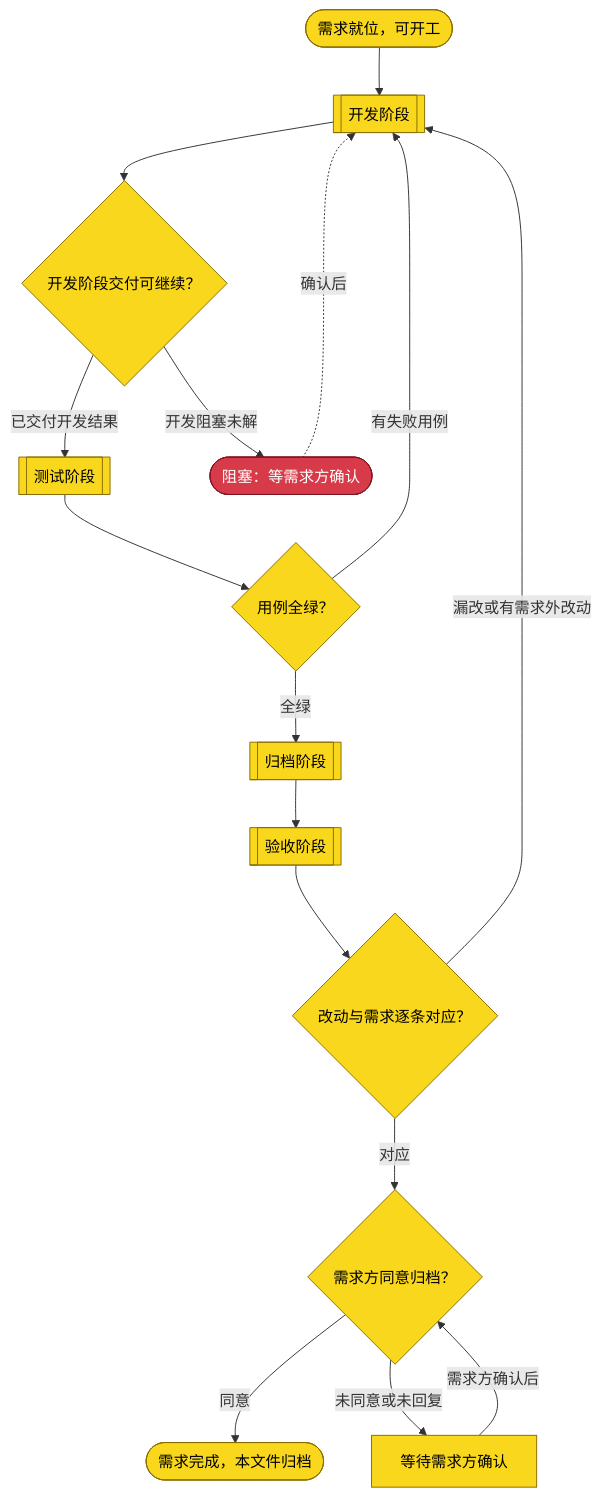
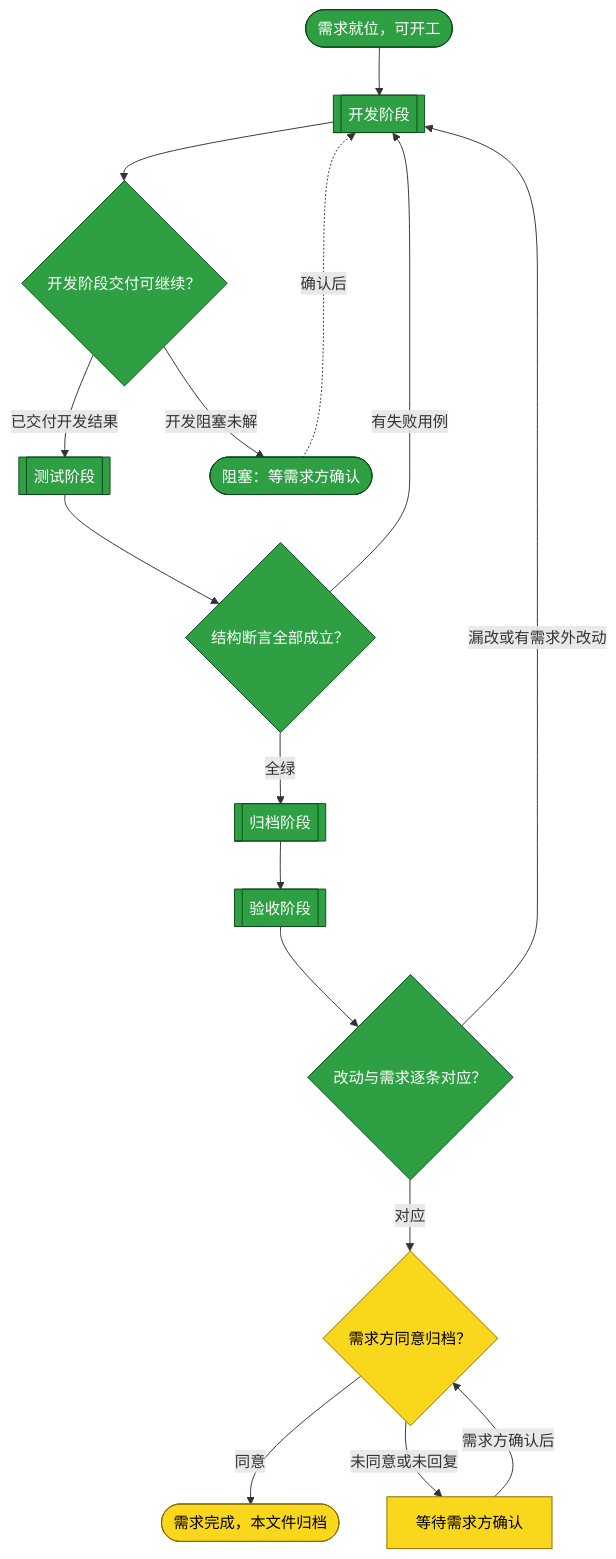
Before and after one commit to yunjies/knowledge-base: the first of 5 diagrams in assets/inbox/req.knowledge-base.assets-branch-split.20261009-133633.md, drawn with Mermaid. The commit also changed other lines of this file, not shown here.

````diff
--- a/assets/inbox/req.knowledge-base.assets-branch-split.20261009-133633.md
+++ b/assets/inbox/req.knowledge-base.assets-branch-split.20261009-133633.md
@@ -53,24 +53,24 @@
 ```mermaid
 flowchart TB
   START(["需求就位，可开工"]) --> DEVELOP[["开发阶段"]]
   DEVELOP --> DEV_GATE{"开发阶段交付可继续？"}
   DEV_GATE -->|"已交付开发结果"| TEST[["测试阶段"]]
   DEV_GATE -->|"开发阻塞未解"| BLOCKED(["阻塞：等需求方确认"])
-  TEST --> TEST_GATE{"用例全绿？"}
+  TEST --> TEST_GATE{"结构断言全部成立？"}
   TEST_GATE -->|"全绿"| ARCHIVE[["归档阶段"]]
   TEST_GATE -->|"有失败用例"| DEVELOP
   ARCHIVE --> ACCEPT[["验收阶段"]]
   ACCEPT --> ACCEPT_GATE{"改动与需求逐条对应？"}
   ACCEPT_GATE -->|"对应"| REQUESTER_APPROVAL{"需求方同意归档？"}
   ACCEPT_GATE -->|"漏改或有需求外改动"| DEVELOP
   REQUESTER_APPROVAL -->|"同意"| DONE(["需求完成，本文件归档"])
   REQUESTER_APPROVAL -->|"未同意或未回复"| APPROVAL_WAIT["等待需求方确认"]
   APPROVAL_WAIT -->|"需求方确认后"| REQUESTER_APPROVAL
   BLOCKED -.->|"确认后"| DEVELOP
 
   classDef todo fill:#f9d71c,stroke:#8a6d00,color:#000
   classDef done fill:#2ea043,stroke:#0b4a1b,color:#fff
   classDef stuck fill:#d73a49,stroke:#7d1220,color:#fff
-  class START,DEVELOP,DEV_GATE,TEST,ARCHIVE,ACCEPT,TEST_GATE,ACCEPT_GATE,REQUESTER_APPROVAL,APPROVAL_WAIT,DONE todo
-  class BLOCKED stuck
+  class START,DEVELOP,DEV_GATE,TEST,TEST_GATE,ARCHIVE,ACCEPT,ACCEPT_GATE,BLOCKED done
+  class REQUESTER_APPROVAL,APPROVAL_WAIT,DONE todo
 ```
````
